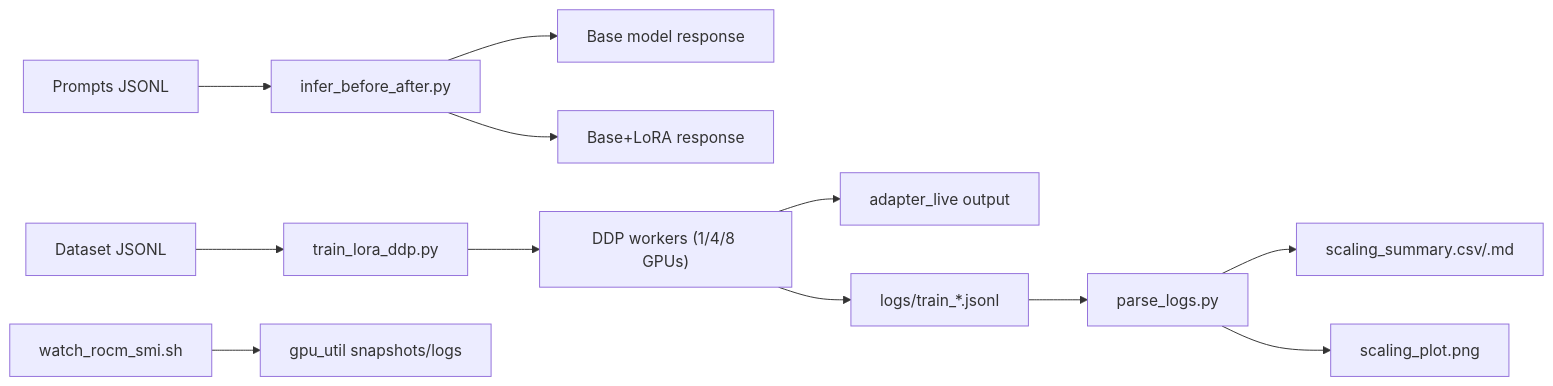
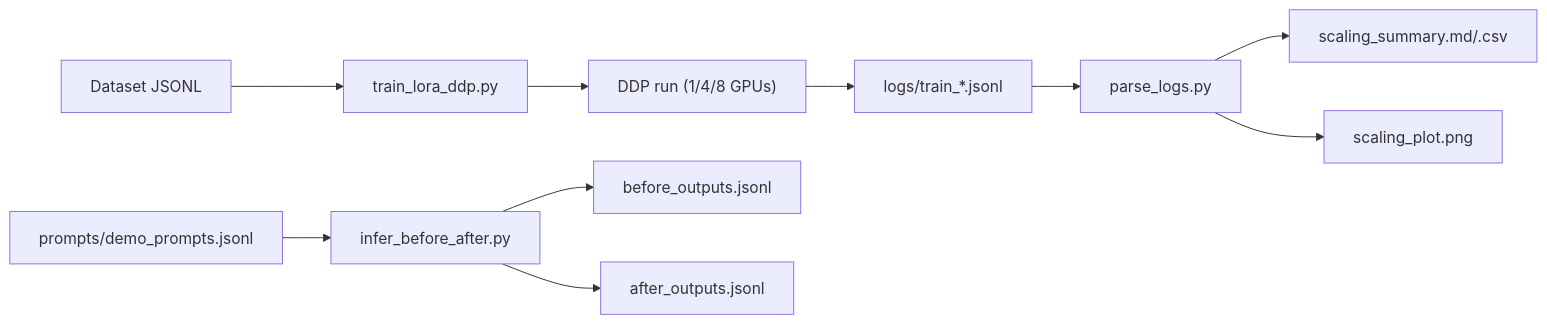
Before and after one commit to aniskhan25/lumi-llm-scaling-demo: the diagram in docs/SYSTEM_DESIGN.md, drawn with Mermaid. The commit also changed other lines of this file and 4 other files, not shown here.

````diff
--- a/docs/SYSTEM_DESIGN.md
+++ b/docs/SYSTEM_DESIGN.md
@@ -25,17 +21,13 @@
 ```mermaid
 flowchart LR
-    A["Prompts JSONL"] --> B["infer_before_after.py"]
-    B --> C["Base model response"]
-    B --> D["Base+LoRA response"]
+    A["Dataset JSONL"] --> B["train_lora_ddp.py"]
+    B --> C["DDP run (1/4/8 GPUs)"]
+    C --> D["logs/train_*.jsonl"]
+    D --> E["parse_logs.py"]
+    E --> F["scaling_summary.md/.csv"]
+    E --> G["scaling_plot.png"]
 
-    E["Dataset JSONL"] --> F["train_lora_ddp.py"]
-    F --> G["DDP workers (1/4/8 GPUs)"]
-    G --> H["adapter_live output"]
-    G --> I["logs/train_*.jsonl"]
-
-    I --> J["parse_logs.py"]
-    J --> K["scaling_summary.csv/.md"]
-    J --> L["scaling_plot.png"]
-
-    M["watch_rocm_smi.sh"] --> N["gpu_util snapshots/logs"]
+    H["prompts/demo_prompts.jsonl"] --> I["infer_before_after.py"]
+    I --> J["before_outputs.jsonl"]
+    I --> K["after_outputs.jsonl"]
 ```
````
